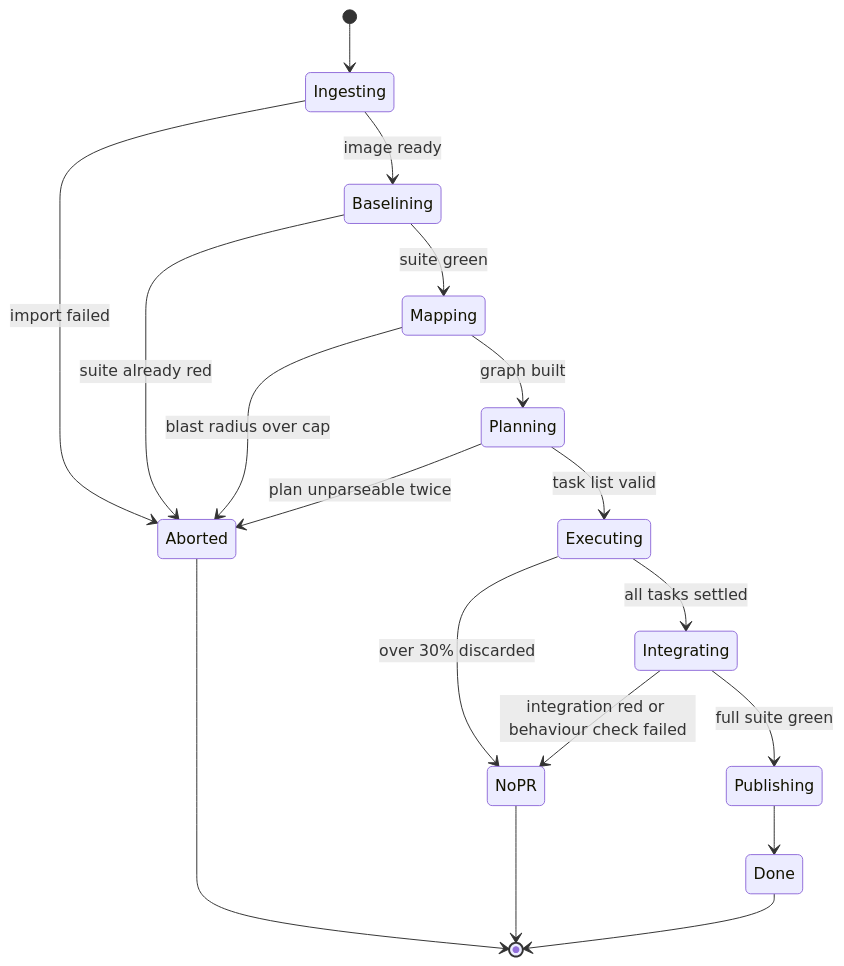
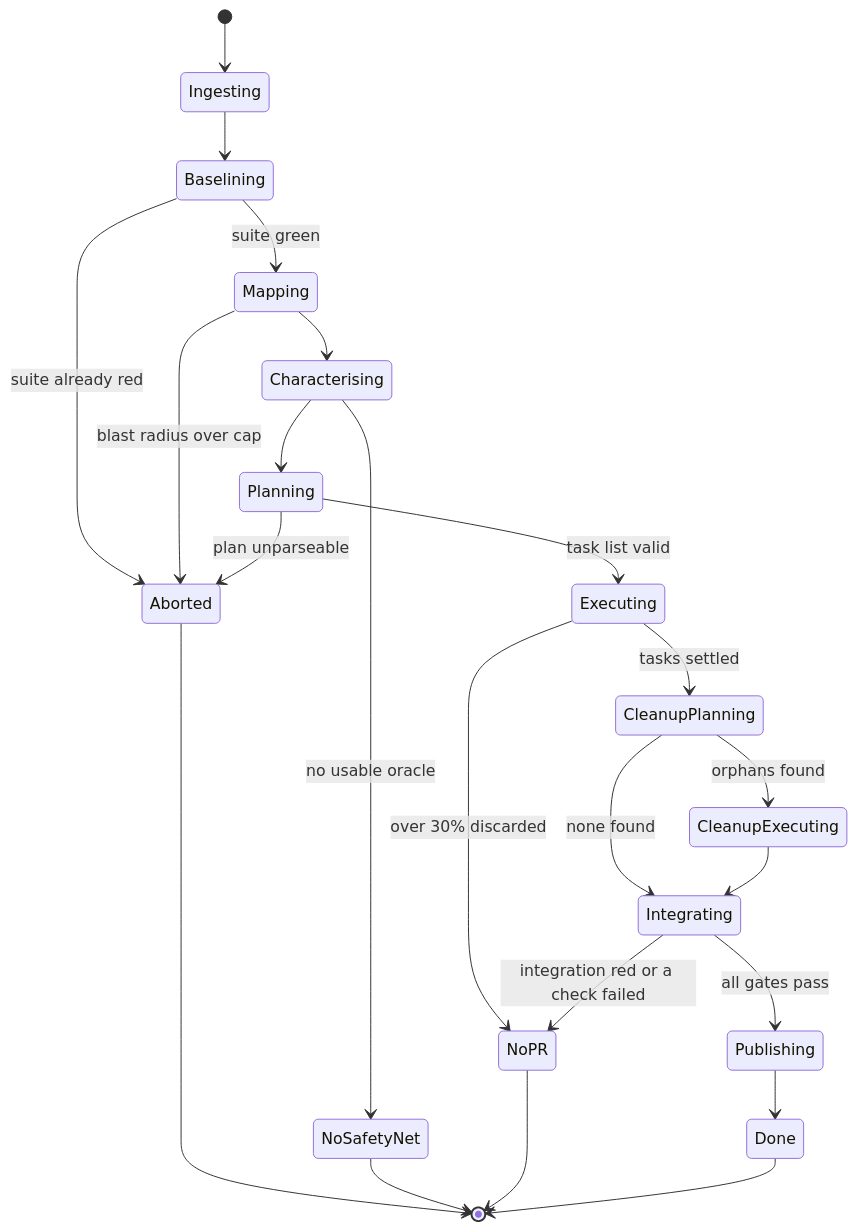
Before and after one commit to BugHunterX2101/AMTDRS: the fourth of 5 diagrams in README.md, drawn with Mermaid. The commit also changed other lines of this file, not shown here.

````diff
--- a/README.md
+++ b/README.md
@@ -283,20 +280,25 @@
 ```mermaid
 stateDiagram-v2
     [*] --> Ingesting
-    Ingesting --> Baselining: image ready
-    Ingesting --> Aborted: import failed
+    Ingesting --> Baselining
     Baselining --> Mapping: suite green
     Baselining --> Aborted: suite already red
-    Mapping --> Planning: graph built
+    Mapping --> Characterising
     Mapping --> Aborted: blast radius over cap
+    Characterising --> Planning
+    Characterising --> NoSafetyNet: no usable oracle
     Planning --> Executing: task list valid
-    Planning --> Aborted: plan unparseable twice
-    Executing --> Integrating: all tasks settled
+    Planning --> Aborted: plan unparseable
+    Executing --> CleanupPlanning: tasks settled
     Executing --> NoPR: over 30% discarded
-    Integrating --> Publishing: full suite green
-    Integrating --> NoPR: integration red or behaviour check failed
+    CleanupPlanning --> CleanupExecuting: orphans found
+    CleanupPlanning --> Integrating: none found
+    CleanupExecuting --> Integrating
+    Integrating --> Publishing: all gates pass
+    Integrating --> NoPR: integration red or a check failed
     Publishing --> Done
     Aborted --> [*]
+    NoSafetyNet --> [*]
     NoPR --> [*]
     Done --> [*]
 ```
````
